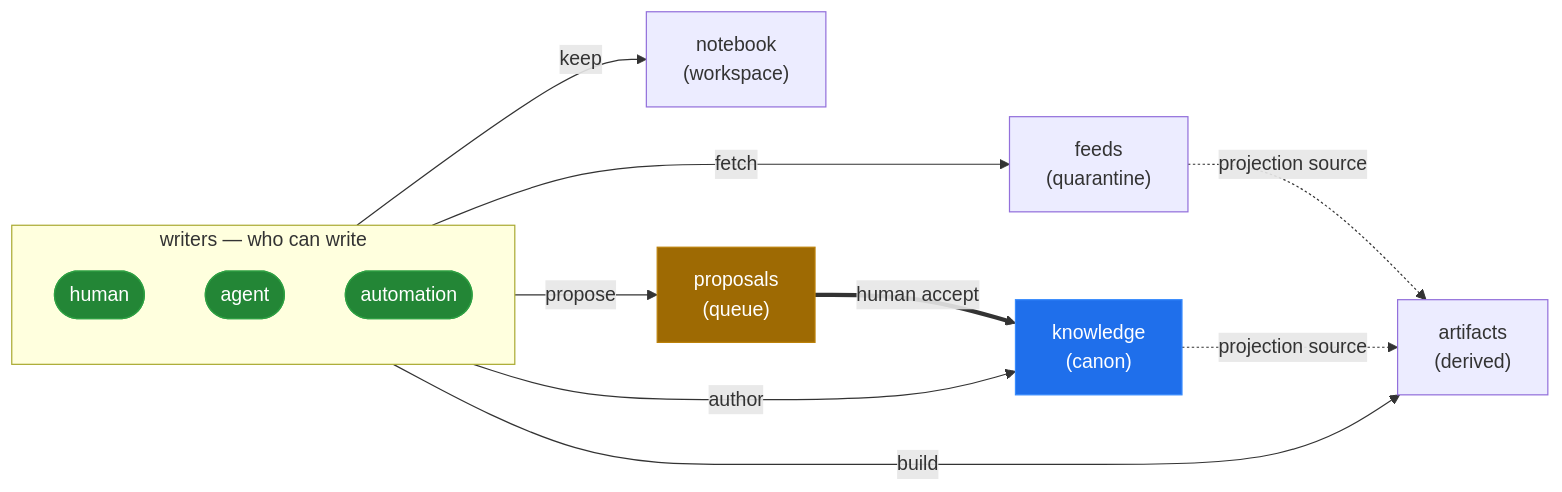
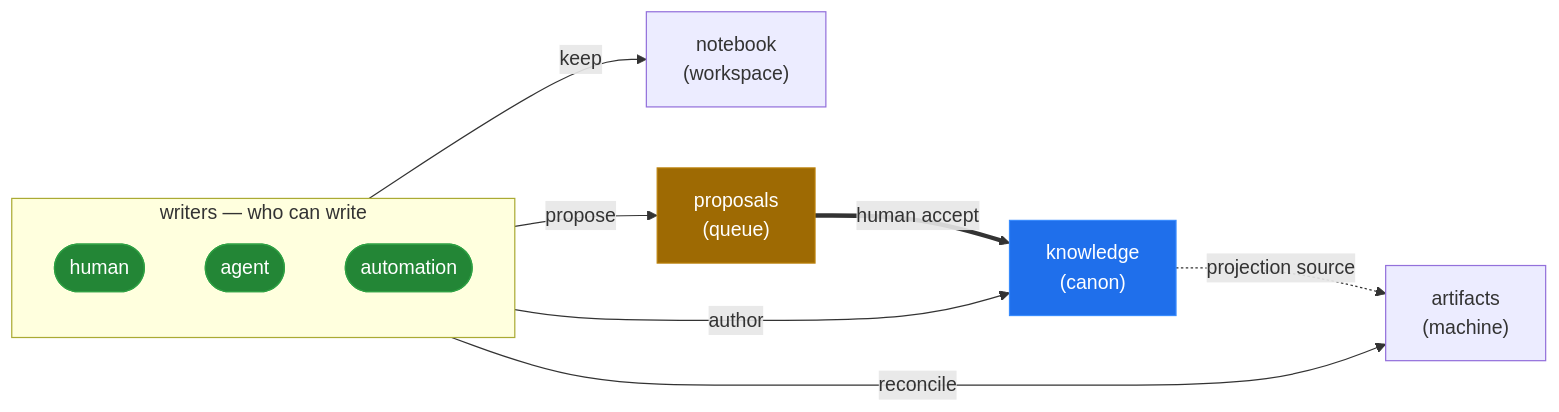
One commit to patrick204nqh/textus changed the diagram in README.md. Above: the diagram before and after it, drawn with Mermaid. The commit also changed other lines of this file, not shown here.

Commit message:
docs: refresh README for the current model (4 zones/machine fold, source: grammar, reconcile, current hook catalog)

````diff
--- a/README.md
+++ b/README.md
@@ -28,26 +28,24 @@
 ```mermaid
 flowchart LR
     subgraph writers["writers — who can write"]
         direction TB
         human(["human"])
         agent(["agent"])
         automation(["automation"])
     end
 
     human -->|author| knowledge["knowledge<br/>(canon)"]
     agent -->|keep| notebook["notebook<br/>(workspace)"]
     agent -->|propose| proposals["proposals<br/>(queue)"]
-    automation -->|fetch| feeds["feeds<br/>(quarantine)"]
-    automation -->|build| artifacts["artifacts<br/>(derived)"]
+    automation -->|reconcile| artifacts["artifacts<br/>(machine)"]
 
     proposals ==>|human accept| knowledge
-    feeds -.->|projection source| artifacts
     knowledge -.->|projection source| artifacts
 
     classDef actor fill:#238636,stroke:#2ea043,color:#fff;
     classDef gate fill:#9e6a03,stroke:#bb8009,color:#fff;
     classDef anchor fill:#1f6feb,stroke:#388bfd,color:#fff;
     class human,agent,automation actor;
     class proposals gate;
     class knowledge anchor;
 ```
````
